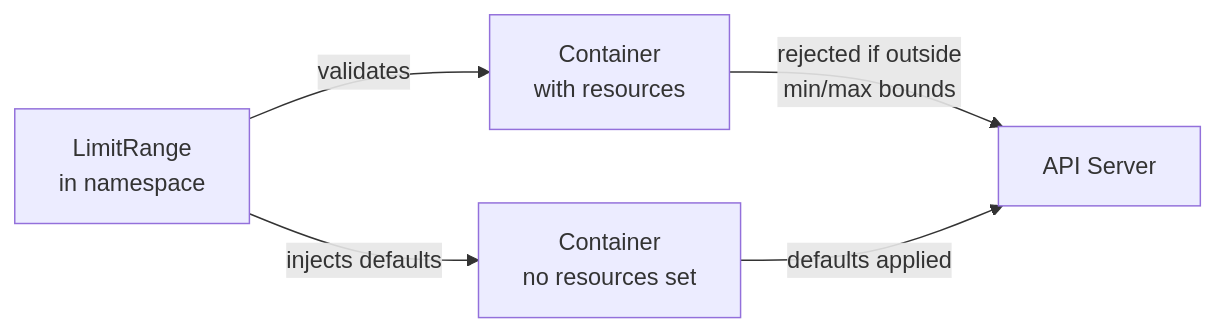
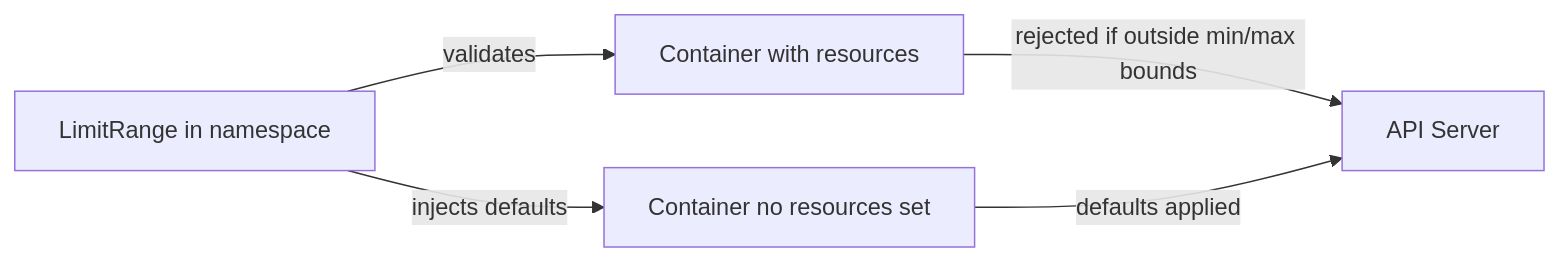
One commit to UncleJS/course_k3s changed the first of 3 diagrams in 14_maintenance/03_resource_management.md. Above: the diagram before and after it, drawn with Mermaid. The commit also changed other lines of this file and 57 other files, not shown here.

````diff
--- a/14_maintenance/03_resource_management.md
+++ b/14_maintenance/03_resource_management.md
@@ -67,7 +67,7 @@
 ```mermaid
 graph LR
-    LR[LimitRange\nin namespace] -->|injects defaults| C1[Container\nno resources set]
-    LR -->|validates| C2[Container\nwith resources]
-    C2 -->|rejected if outside\nmin/max bounds| API[API Server]
+    LR[LimitRange in namespace] -->|injects defaults| C1[Container no resources set]
+    LR -->|validates| C2[Container with resources]
+    C2 -->|rejected if outside min/max bounds| API[API Server]
     C1 -->|defaults applied| API
 ```
````
